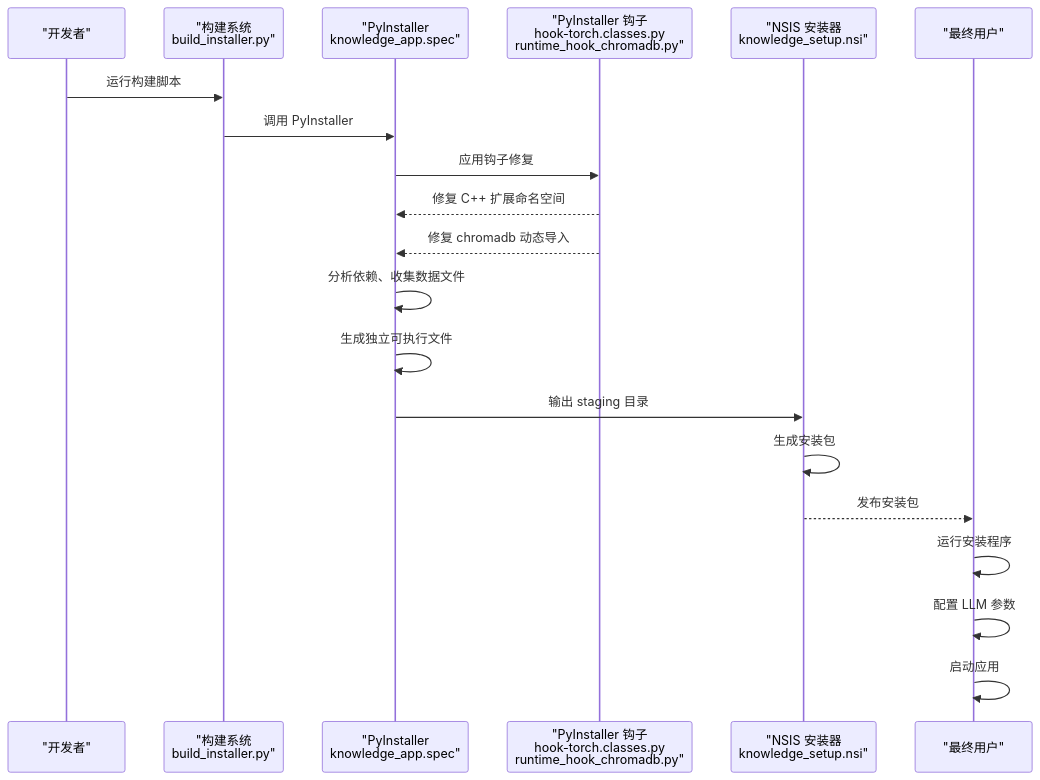
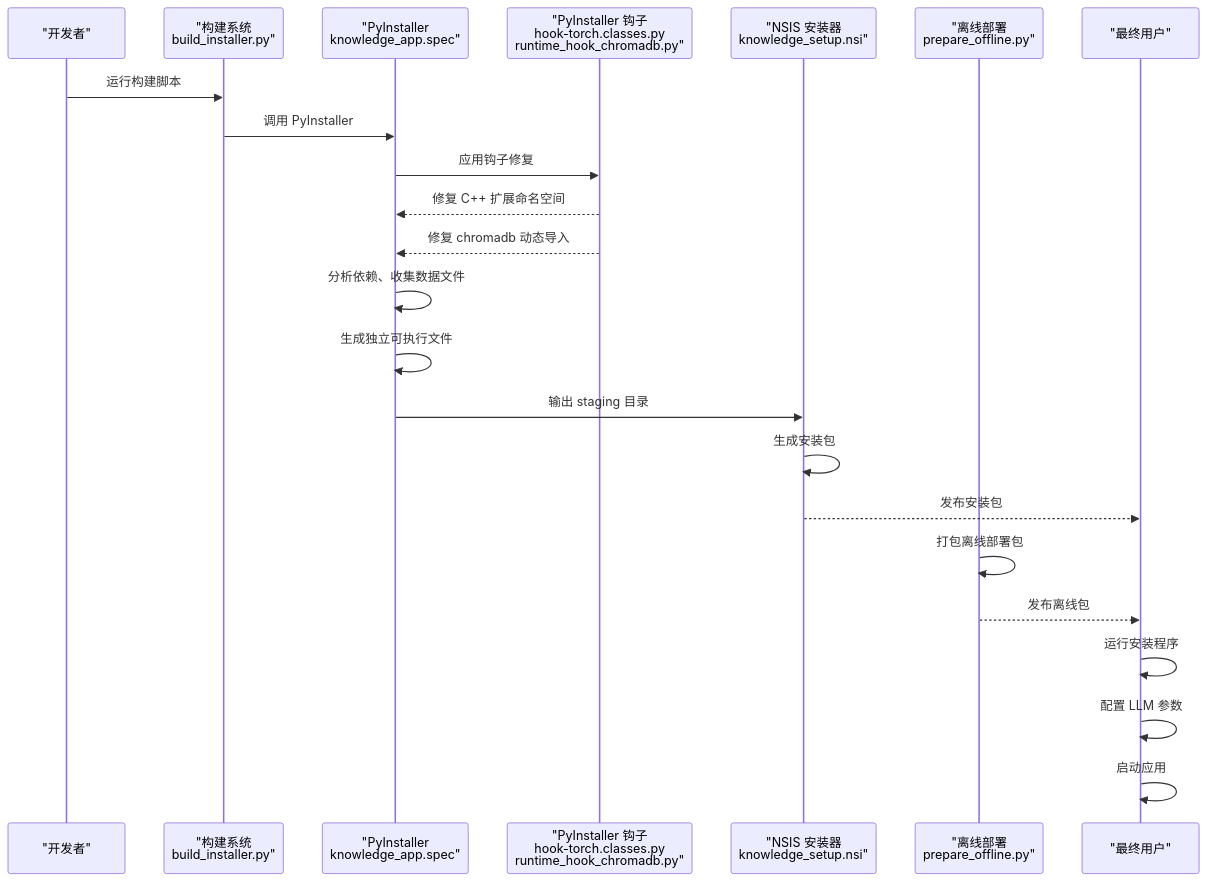
The second of 6 diagrams in .qoder/repowiki/zh/content/部署与运维/部署与运维.md (joyafa/knowledge), drawn with Mermaid before and after one commit. The commit also changed other lines of this file and 12 other files, not shown here.

````diff
--- a/.qoder/repowiki/zh/content/部署与运维/部署与运维.md
+++ b/.qoder/repowiki/zh/content/部署与运维/部署与运维.md
@@ -167,22 +181,25 @@
 ```mermaid
 sequenceDiagram
 participant Dev as "开发者"
 participant Build as "构建系统<br/>build_installer.py"
 participant PyI as "PyInstaller<br/>knowledge_app.spec"
 participant Hooks as "PyInstaller 钩子<br/>hook-torch.classes.py<br/>runtime_hook_chromadb.py"
 participant NSIS as "NSIS 安装器<br/>knowledge_setup.nsi"
+participant Offline as "离线部署<br/>prepare_offline.py"
 participant User as "最终用户"
 Dev->>Build : 运行构建脚本
 Build->>PyI : 调用 PyInstaller
 PyI->>Hooks : 应用钩子修复
 Hooks-->>PyI : 修复 C++ 扩展命名空间
 Hooks-->>PyI : 修复 chromadb 动态导入
 PyI->>PyI : 分析依赖、收集数据文件
 PyI->>PyI : 生成独立可执行文件
 PyI->>NSIS : 输出 staging 目录
 NSIS->>NSIS : 生成安装包
 NSIS-->>User : 发布安装包
+Offline->>Offline : 打包离线部署包
+Offline-->>User : 发布离线包
 User->>User : 运行安装程序
 User->>User : 配置 LLM 参数
 User->>User : 启动应用
 ```
````
